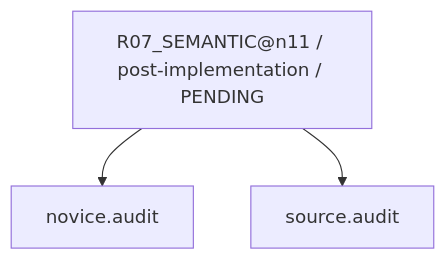
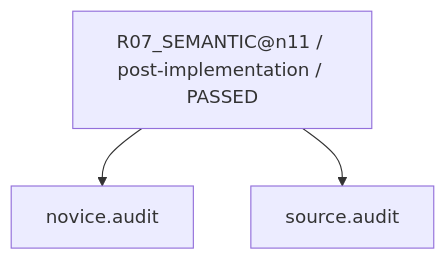
Diagram 20 of 45 in work/items/W-MATH-036-ne02-n11-n12-guided-design/generated/CAPABILITY_FIRE_DIAGRAM.md (rrikunagasige-dot/kyotsu-step-web), drawn with Mermaid before and after one commit. The commit also changed other lines of this file and 135 other files, not shown here.

````diff
--- a/work/items/W-MATH-036-ne02-n11-n12-guided-design/generated/CAPABILITY_FIRE_DIAGRAM.md
+++ b/work/items/W-MATH-036-ne02-n11-n12-guided-design/generated/CAPABILITY_FIRE_DIAGRAM.md
@@ -326,8 +326,8 @@
 ```mermaid
 flowchart TD
-  N0["R07_SEMANTIC@n11 / post-implementation / PENDING"]
+  N0["R07_SEMANTIC@n11 / post-implementation / PASSED"]
   N1["source.audit"]
   N2["novice.audit"]
   N0 --> N2
   N0 --> N1
 ```
````
